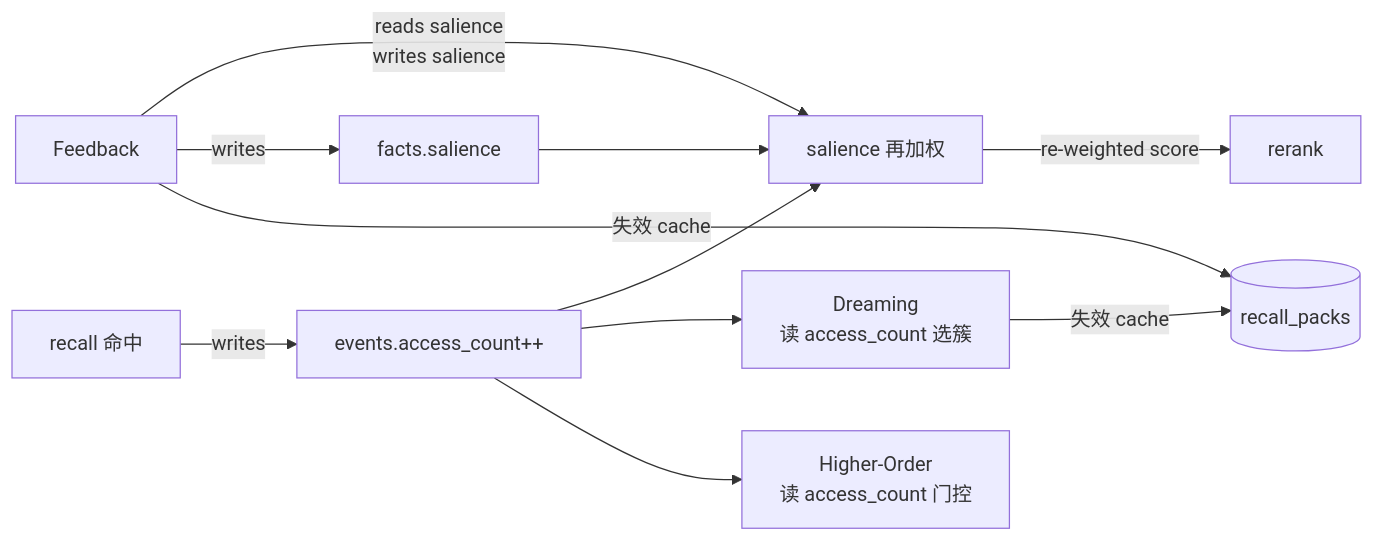
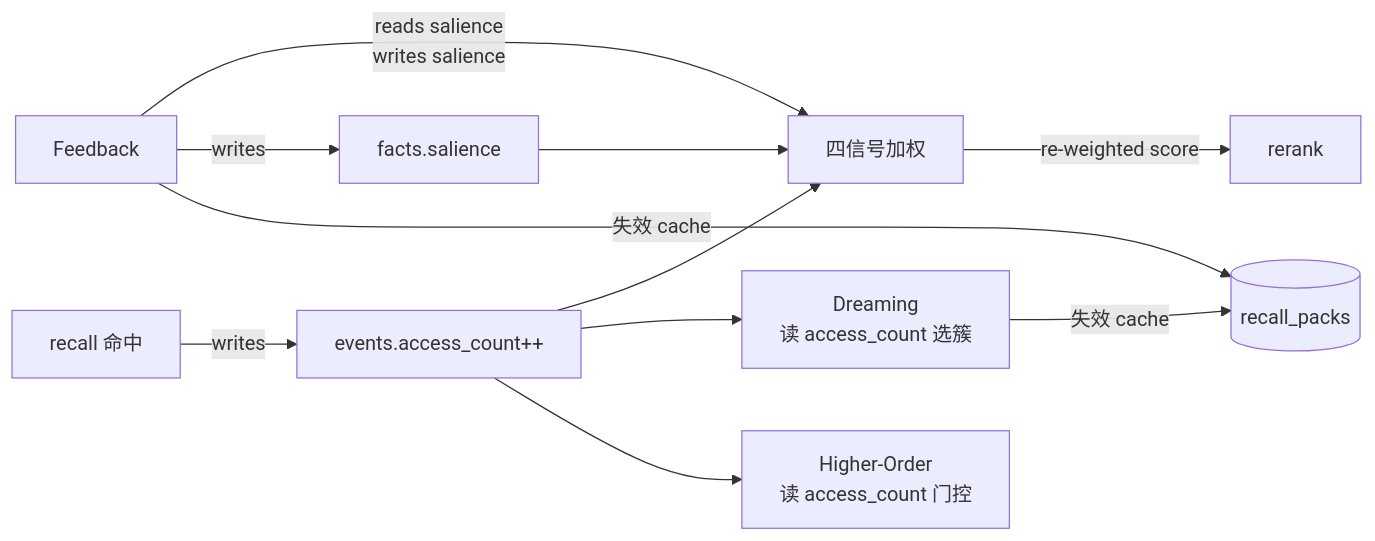
Before and after one commit to pty819/cortex-py-book: the first of 2 diagrams in source/chapters/10-signal-bus.md, drawn with Mermaid. The commit also changed other lines of this file and 9 other files, not shown here.

````diff
--- a/source/chapters/10-signal-bus.md
+++ b/source/chapters/10-signal-bus.md
@@ -16,13 +21,13 @@
 ```{mermaid}
 graph LR
     R[recall 命中] -->|writes| AC[events.access_count++]
-    AC --> SRW[salience 再加权]
+    AC --> SRW[四信号加权]
     FB[Feedback] -->|reads salience<br/>writes salience| SRW
     SRW -->|re-weighted score| RR[rerank]
     AC --> DR[Dreaming<br/>读 access_count 选簇]
     AC --> HO[Higher-Order<br/>读 access_count 门控]
     FB -->|writes| SAL[facts.salience]
     SAL --> SRW
     DR -->|失效 cache| CACHE[(recall_packs)]
     FB -->|失效 cache| CACHE
 ```
````
